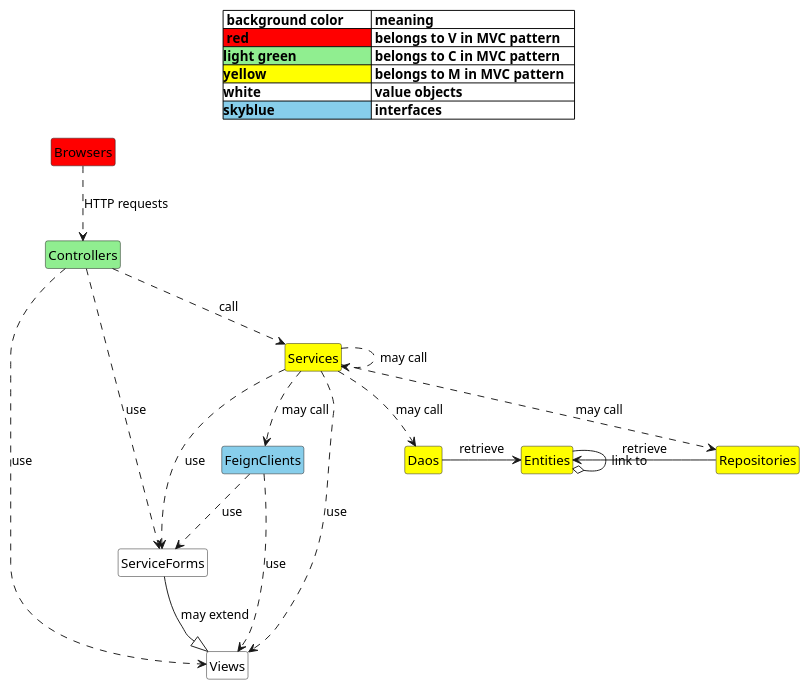
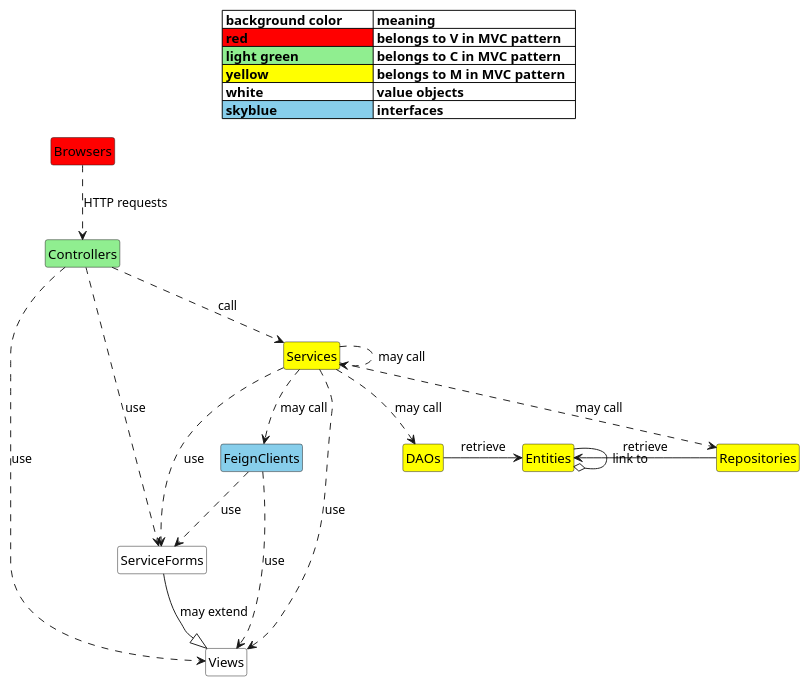
Before and after one commit to catkeeper1/msdemo-documents: the diagram in src/main/resources/markdown/programming_guide/components_class.puml, drawn with PlantUML. The commit also changed 8 other files, not shown here.

```diff
--- a/src/main/resources/markdown/programming_guide/components_class.puml
+++ b/src/main/resources/markdown/programming_guide/components_class.puml
@@ -1,62 +1,62 @@
 @startuml
 
 hide circle
 hide empty member
 
 scale max 800 width
 
 
 title
-  |= background color        |= meaning                      |
-  |<#red> red                | belongs to V in MVC pattern   |
-  |<#lightgreen>light green  | belongs to C in MVC pattern   |
-  |<#yellow>yellow           | belongs to M in MVC pattern   |
-  |<#white>white             | value objects                 |
-  |<#skyblue>skyblue         | interfaces                    |
+  |= background color         |= meaning                      |
+  |<#red> red                 | belongs to V in MVC pattern   |
+  |<#lightgreen> light green  | belongs to C in MVC pattern   |
+  |<#yellow> yellow           | belongs to M in MVC pattern   |
+  |<#white> white             | value objects                 |
+  |<#skyblue> skyblue         | interfaces                    |
 end title
 
 
 
   class ServiceForms  #white
   class Views         #white
 
 
 class Entities  #yellow
 
 class Browsers #red
 class Controllers  #lightgreen
 class Services     #yellow
 class Repositories  #yellow
-class Daos  #yellow
+class DAOs  #yellow
 class FeignClients #skyblue
 
 
 
 Browsers ..> Controllers : HTTP requests
 
 Controllers ..> Services : call
 Services ..> Services : may call
 Services ..> FeignClients : may call
 
 
 Services ..> Repositories : may call
-Services ..> Daos : may call
+Services ..> DAOs : may call
 Entities <- Repositories : retrieve
 
 
-Daos -> Entities : retrieve
+DAOs -> Entities : retrieve
 
 Entities --o Entities : link to
 
 Controllers ..> Views : use
 Controllers ..> ServiceForms : use
 
 Services ..> Views : use
 Services ..> ServiceForms : use
 
 FeignClients ..> Views : use
 FeignClients ..> ServiceForms : use
 
 ServiceForms --|> Views : may extend
 
 @enduml
```
